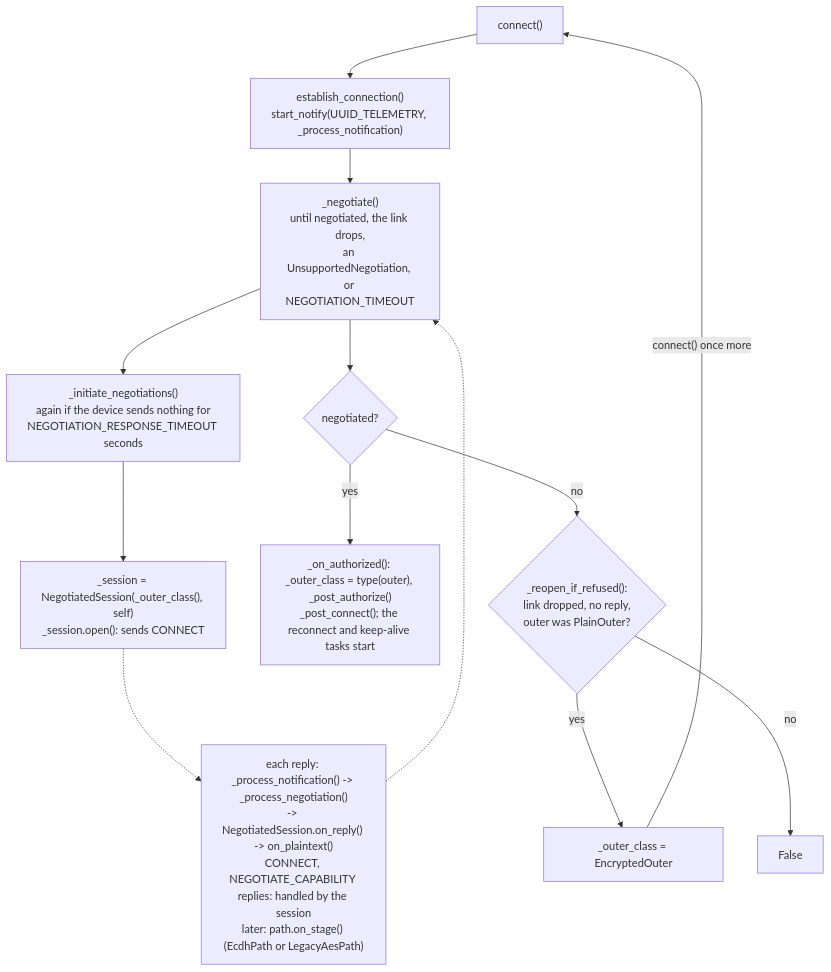
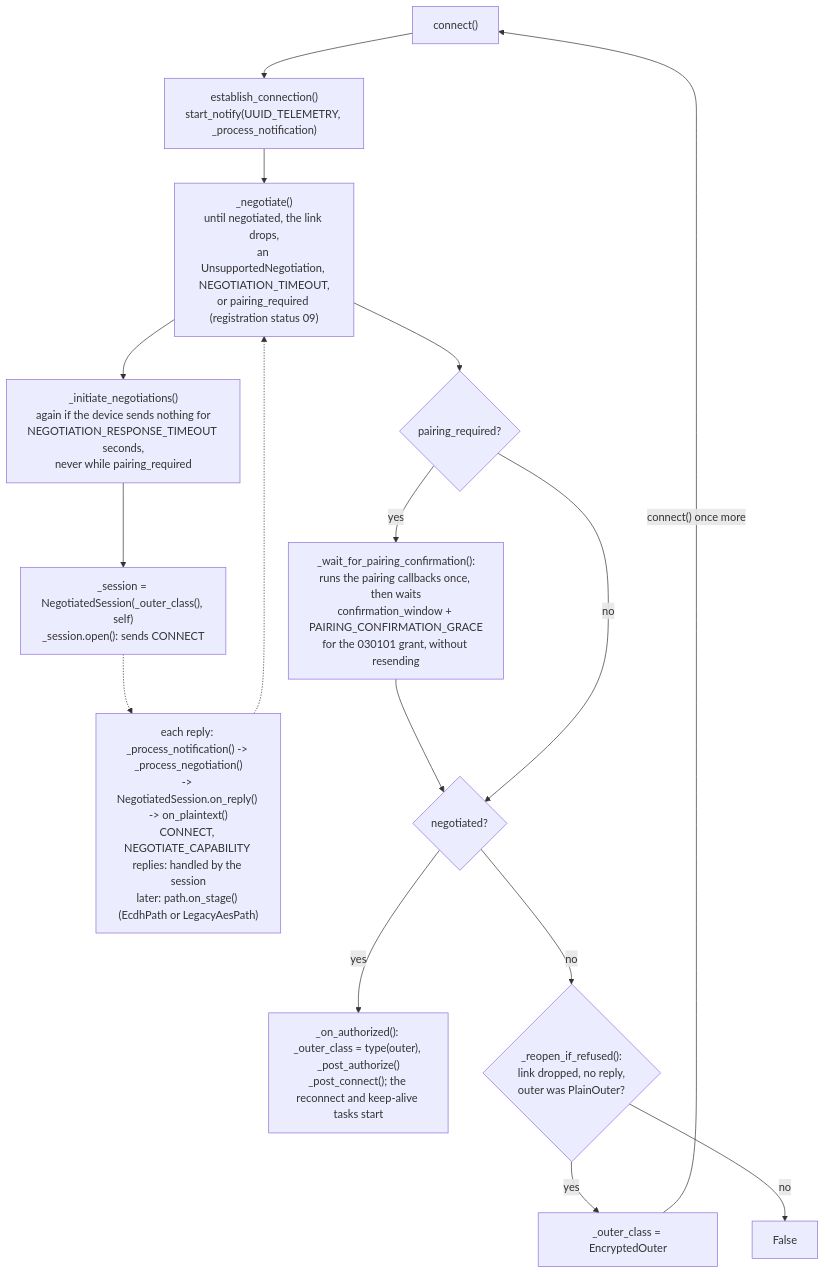
One commit to flip-dots/SolixBLE changed diagram 12 of 15 in docs/source/protocols.rst. Above: the diagram before and after it, drawn with Mermaid. The commit also changed other lines of this file and 5 other files, not shown here.

First line of the commit message:
Pair clients with a token and the device's button

```diff
--- a/docs/source/protocols.rst
+++ b/docs/source/protocols.rst
@@ -764,18 +764,21 @@
 .. mermaid::
 
   flowchart TD
       connect["connect()"]
       est["establish_connection()<br/>start_notify(UUID_TELEMETRY, _process_notification)"]
-      nego["_negotiate()<br/>until negotiated, the link drops,<br/>an UnsupportedNegotiation, or NEGOTIATION_TIMEOUT"]
-      init["_initiate_negotiations()<br/>again if the device sends nothing for<br/>NEGOTIATION_RESPONSE_TIMEOUT seconds"]
+      nego["_negotiate()<br/>until negotiated, the link drops,<br/>an UnsupportedNegotiation, NEGOTIATION_TIMEOUT,<br/>or pairing_required (registration status 09)"]
+      init["_initiate_negotiations()<br/>again if the device sends nothing for<br/>NEGOTIATION_RESPONSE_TIMEOUT seconds,<br/>never while pairing_required"]
       open["_session = NegotiatedSession(_outer_class(), self)<br/>_session.open(): sends CONNECT"]
       reply["each reply: _process_notification() -> _process_negotiation()<br/>-> NegotiatedSession.on_reply() -> on_plaintext()<br/>CONNECT, NEGOTIATE_CAPABILITY replies: handled by the session<br/>later: path.on_stage() (EcdhPath or LegacyAesPath)"]
       connect --> est --> nego --> init --> open
       open -.-> reply
       reply -.-> nego
-      nego --> done{"negotiated?"}
+      nego --> pair{"pairing_required?"}
+      pair -- yes --> wait["_wait_for_pairing_confirmation():<br/>runs the pairing callbacks once, then waits<br/>confirmation_window + PAIRING_CONFIRMATION_GRACE<br/>for the 030101 grant, without resending"]
+      wait --> done
+      pair -- no --> done{"negotiated?"}
       done -- yes --> auth["_on_authorized(): _outer_class = type(outer), _post_authorize()<br/>_post_connect(); the reconnect and keep-alive tasks start"]
       done -- no --> refused{"_reopen_if_refused():<br/>link dropped, no reply,<br/>outer was PlainOuter?"}
       refused -- yes --> reopen["_outer_class = EncryptedOuter"]
       reopen -- "connect() once more" --> connect
       refused -- no --> fail["False"]
```
